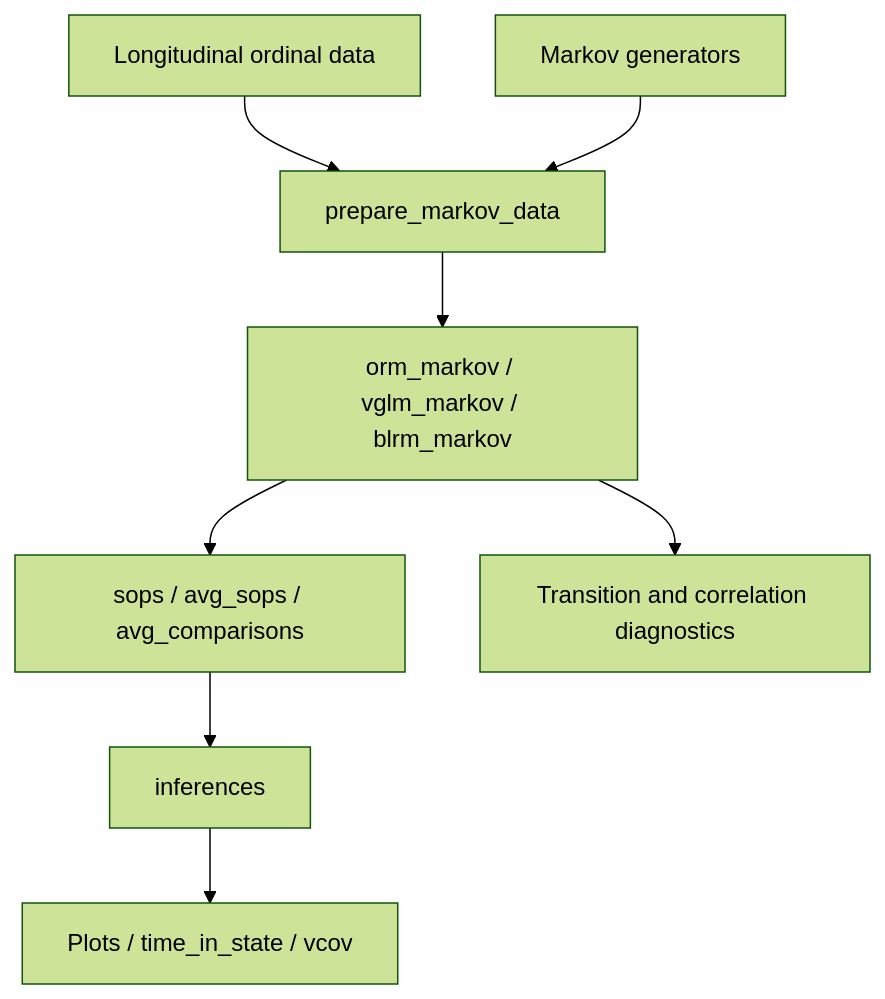
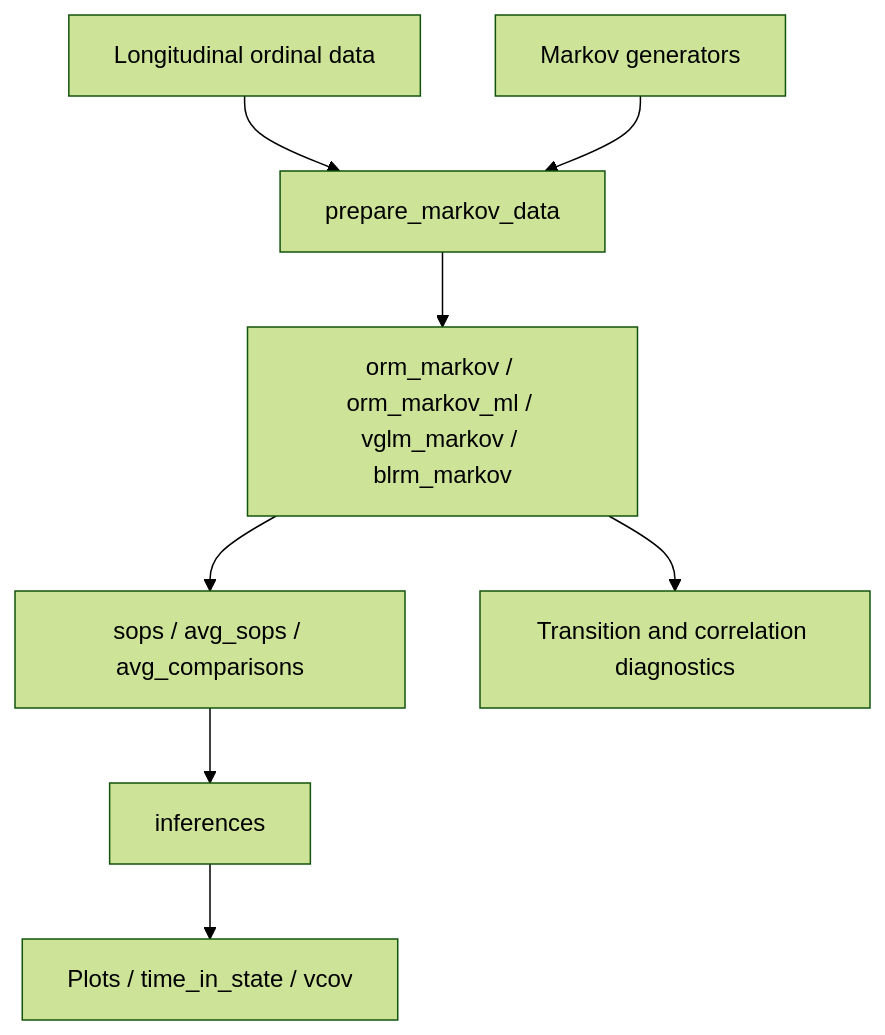
The first of 2 diagrams in ARCHITECTURE.md (scjohannes/mostr), drawn with Mermaid (forest theme) before and after one commit. The commit also changed other lines of this file and 16 other files, not shown here.

````diff
--- a/ARCHITECTURE.md
+++ b/ARCHITECTURE.md
@@ -60,10 +60,10 @@
 ```mermaid
 flowchart TD
     A[Longitudinal ordinal data] --> B[prepare_markov_data]
     G[Markov generators] --> B
-    B --> C[orm_markov / vglm_markov / blrm_markov]
+    B --> C[orm_markov / orm_markov_ml / vglm_markov / blrm_markov]
     C --> D[sops / avg_sops / avg_comparisons]
     D --> E[inferences]
     E --> F[Plots / time_in_state / vcov]
     C --> H[Transition and correlation diagnostics]
 ```
````
